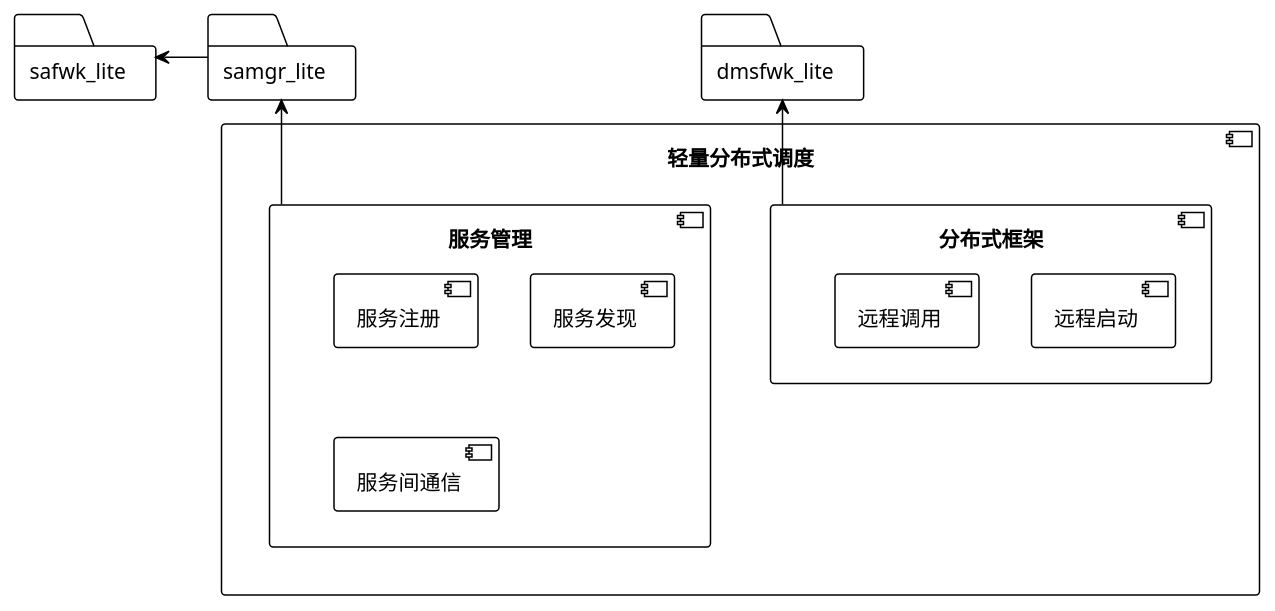
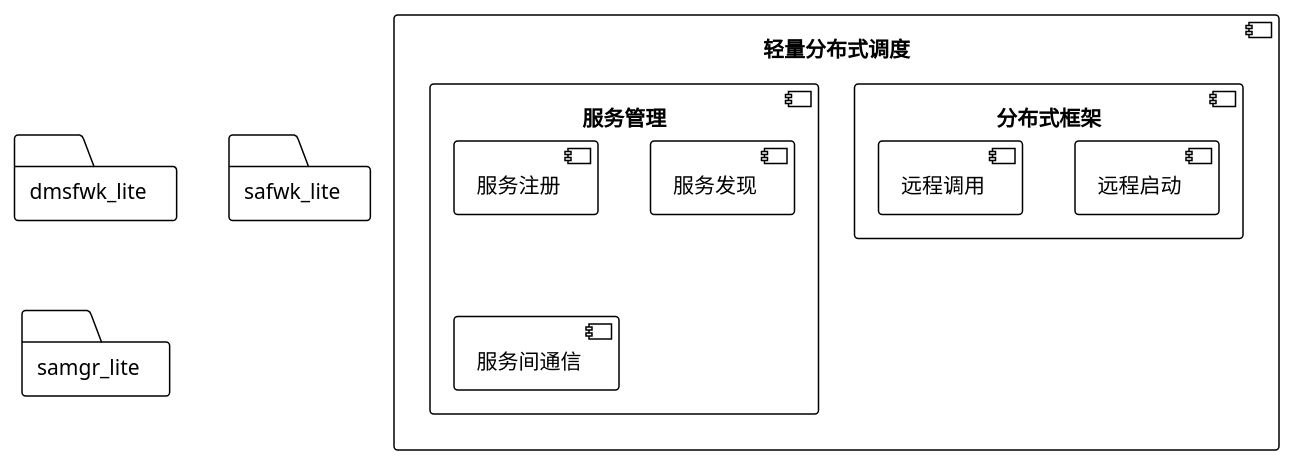
One commit to MatthewKe/openHarmonyNote changed the first of 32 diagrams in note.md. Above: the diagram before and after it, drawn with PlantUML. The commit also changed other lines of this file and 1 other file, not shown here.

````diff
--- a/note.md
+++ b/note.md
@@ -16,21 +16,21 @@
 ```plantuml
     !theme plain
     component 轻量分布式调度{
         component 分布式框架{
             component 远程启动
             component 远程调用
         }
         component 服务管理{
             component 服务注册
             component 服务发现
             component 服务间通信
         }
     }
     folder dmsfwk_lite
     folder safwk_lite
     folder samgr_lite
-    dmsfwk_lite <-- 分布式框架
-    safwk_lite <-right- samgr_lite
-    samgr_lite <-- 服务管理
+    ' dmsfwk_lite <-- 分布式框架
+    ' safwk_lite <-right- samgr_lite
+    ' samgr_lite <-- 服务管理
 
 ```
````
